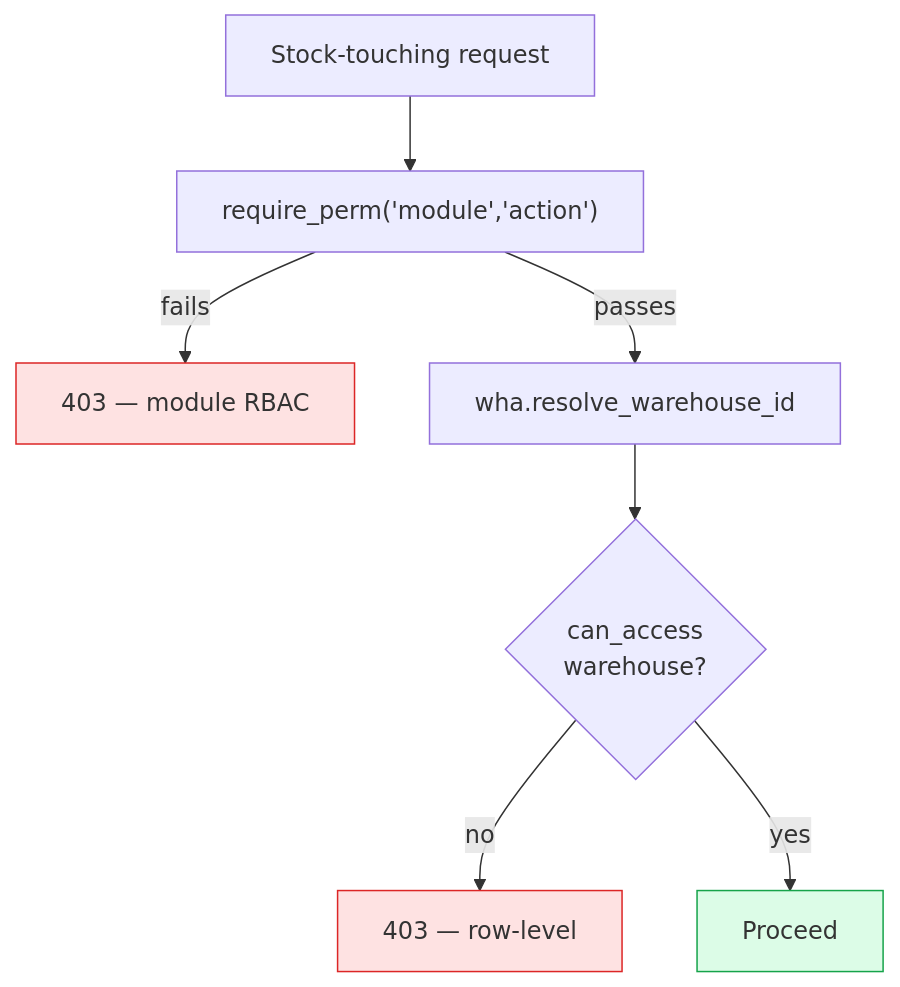
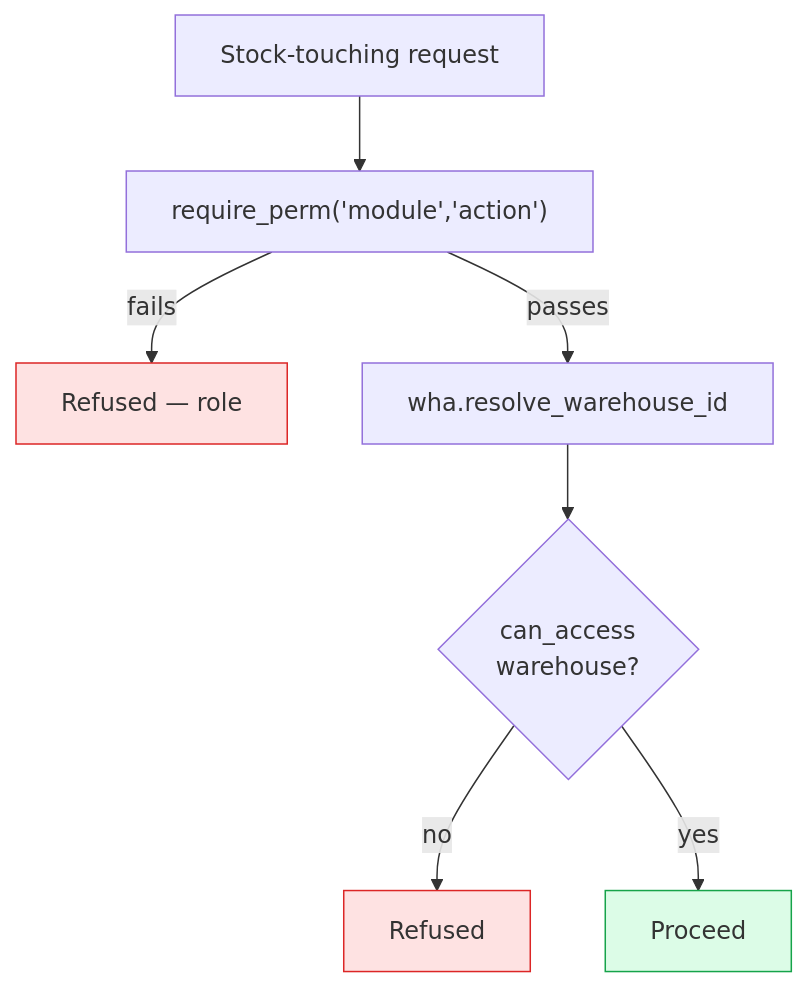
Before and after one commit to quilit-dev/quilit-erp: the second of 2 diagrams in docs/manual/docs/foundation/warehouse-access.md, drawn with Mermaid. The commit also changed other lines of this file and 53 other files, not shown here.

````diff
--- a/docs/manual/docs/foundation/warehouse-access.md
+++ b/docs/manual/docs/foundation/warehouse-access.md
@@ -205,13 +128,13 @@
 ```mermaid
 flowchart TD
     REQ[Stock-touching request] --> MOD["require_perm('module','action')"]
-    MOD -->|fails| F1[403 — module RBAC]
+    MOD -->|fails| F1[Refused — role]
     MOD -->|passes| WH[wha.resolve_warehouse_id]
     WH --> CHK{can_access<br/>warehouse?}
-    CHK -->|no| F2[403 — row-level]
+    CHK -->|no| F2[Refused]
     CHK -->|yes| OK[Proceed]
 
     style F1 fill:#fee2e2,stroke:#dc2626
     style F2 fill:#fee2e2,stroke:#dc2626
     style OK fill:#dcfce7,stroke:#16a34a
 ```
````
